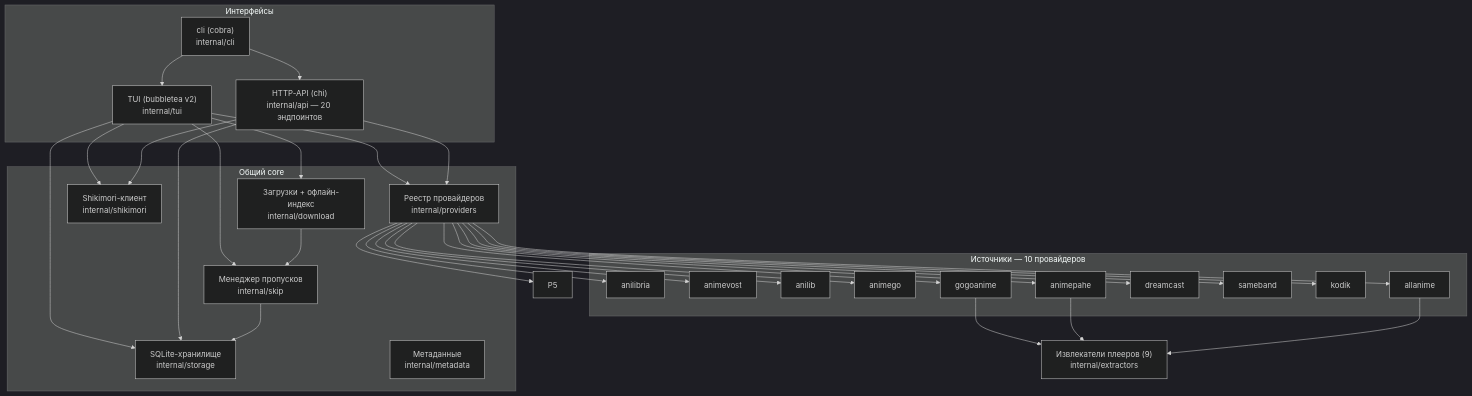
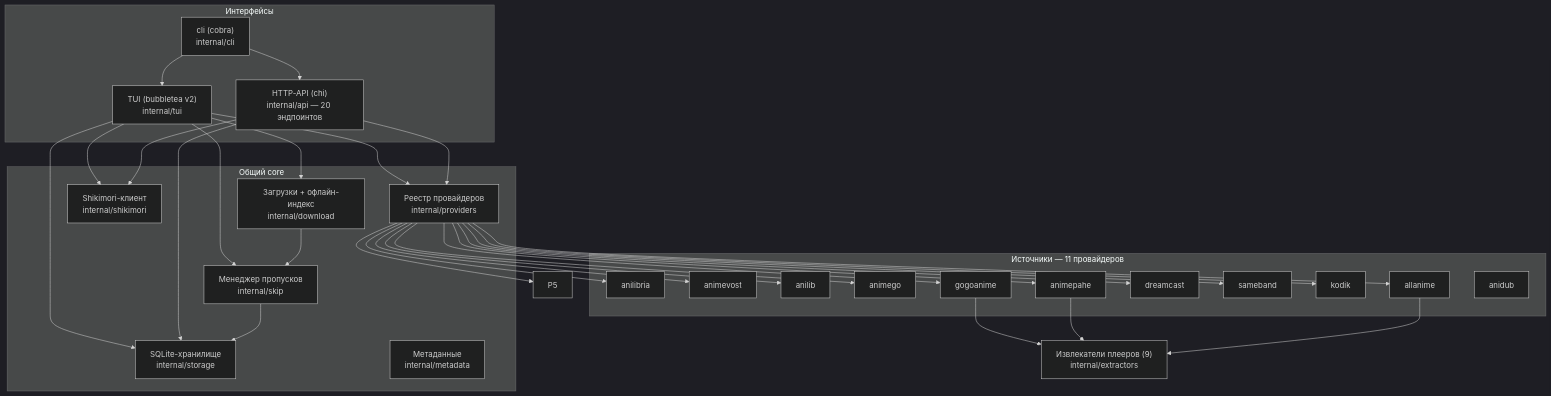
Before and after one commit to 4q4r/anicli-go: the diagram in README.md, drawn with Mermaid (dark theme). The commit also changed other lines of this file and 13 other files, not shown here.

````diff
--- a/README.md
+++ b/README.md
@@ -92,40 +92,41 @@
 ```mermaid
 graph TD
     subgraph interfaces["Интерфейсы"]
         TUI["TUI (bubbletea v2)<br/>internal/tui"]
         CLI["cli (cobra)<br/>internal/cli"]
         API["HTTP-API (chi)<br/>internal/api — 20 эндпоинтов"]
     end
 
     subgraph core["Общий core"]
         REG["Реестр провайдеров<br/>internal/providers"]
         SHIKI["Shikimori-клиент<br/>internal/shikimori"]
         SKIP["Менеджер пропусков<br/>internal/skip"]
         DL["Загрузки + офлайн-индекс<br/>internal/download"]
         ST["SQLite-хранилище<br/>internal/storage"]
         META["Метаданные<br/>internal/metadata"]
     end
 
-    subgraph sources["Источники — 10 провайдеров"]
+    subgraph sources["Источники — 11 провайдеров"]
         P1[anilibria]
         P2[animevost]
         P3[anilib]
         P4[animego]
         P6[gogoanime]
         P7[animepahe]
         P8[dreamcast]
         P9[sameband]
         P10[kodik]
         P11[allanime]
+        P12[anidub]
     end
 
     EXT["Извлекатели плееров (9)<br/>internal/extractors"]
 
     TUI --> REG & SHIKI & SKIP & DL & ST
     API --> REG & SHIKI & ST
     CLI --> TUI & API
     REG --> P1 & P2 & P3 & P4 & P5 & P6 & P7 & P8 & P9 & P10 & P11
     P6 & P7 & P11 --> EXT
     SKIP --> ST
     DL --> SKIP
 ```
````
